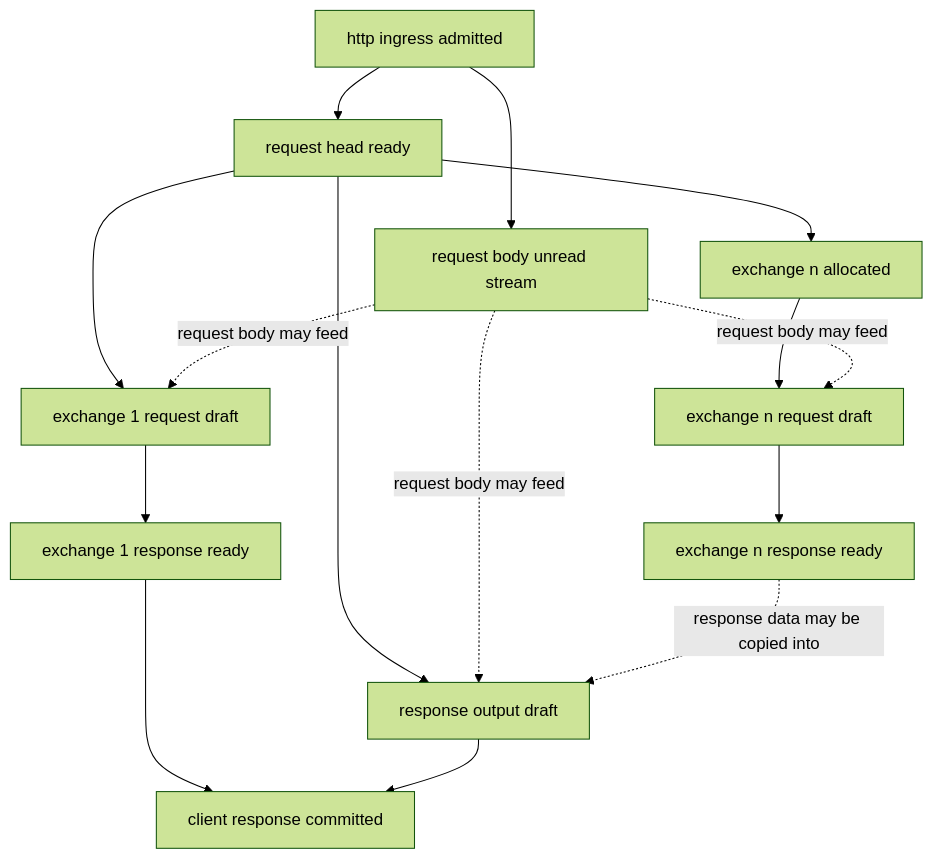
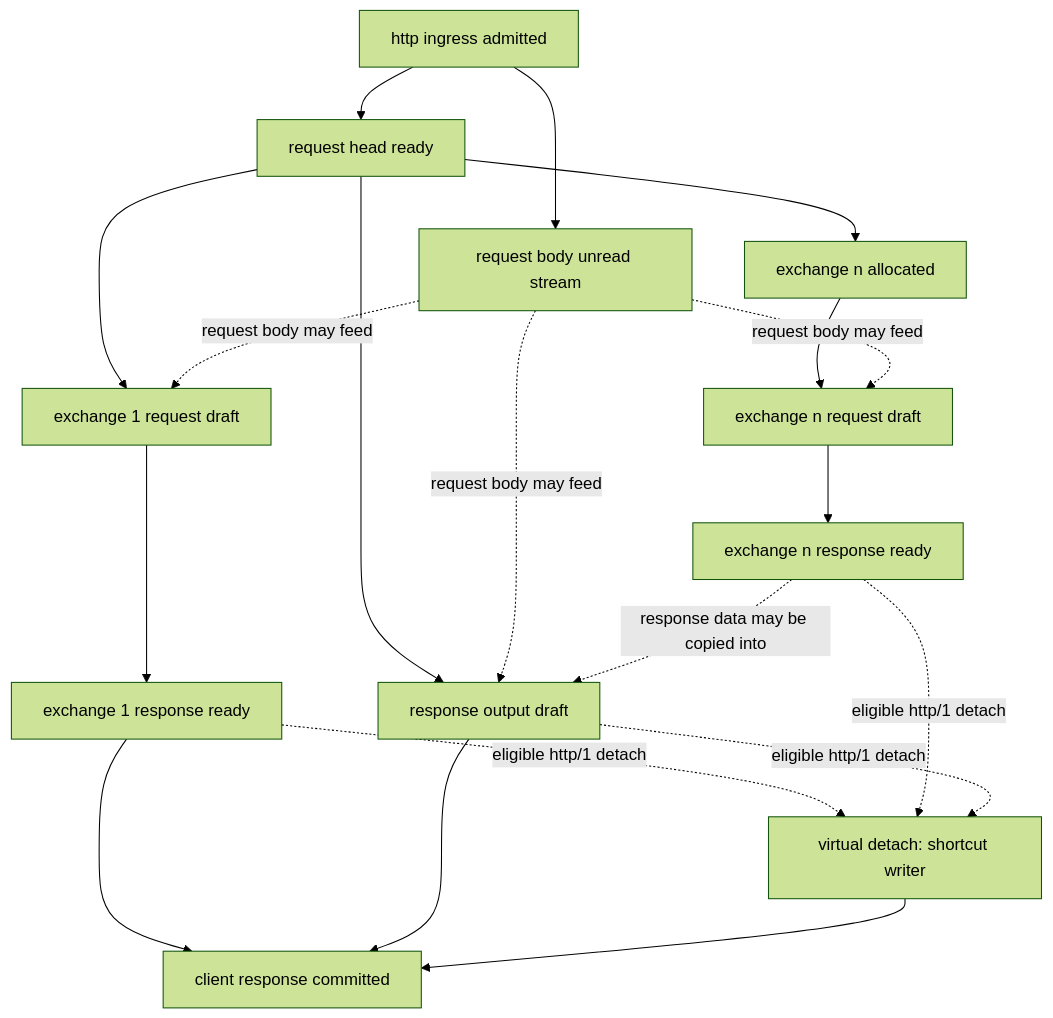
One commit to rustscript-lang/rustscript changed the fourth of 7 diagrams in pd-edge/README.md. Above: the diagram before and after it, drawn with Mermaid (forest theme). The commit also changed other lines of this file, not shown here.

Commit message:
pd-edge: perf: document http dag shortcut detaches

````diff
--- a/pd-edge/README.md
+++ b/pd-edge/README.md
@@ -526,17 +528,21 @@
 ```mermaid
 flowchart TD
     A["http ingress admitted"] --> B["request head ready"]
     A --> C["request body unread stream"]
     B --> D["exchange 1 request draft"]
     B --> E["exchange n allocated"]
     E --> F["exchange n request draft"]
     B --> G["response output draft"]
     C -. request body may feed .-> D
     C -. request body may feed .-> F
     C -. request body may feed .-> G
     D --> H["exchange 1 response ready"]
     F --> I["exchange n response ready"]
+    H -. eligible http/1 detach .-> K["virtual detach: shortcut writer"]
+    I -. eligible http/1 detach .-> K
+    G -. eligible http/1 detach .-> K
     H --> J["client response committed"]
     G --> J
     I -. response data may be copied into .-> G
+    K --> J
 ```
````
